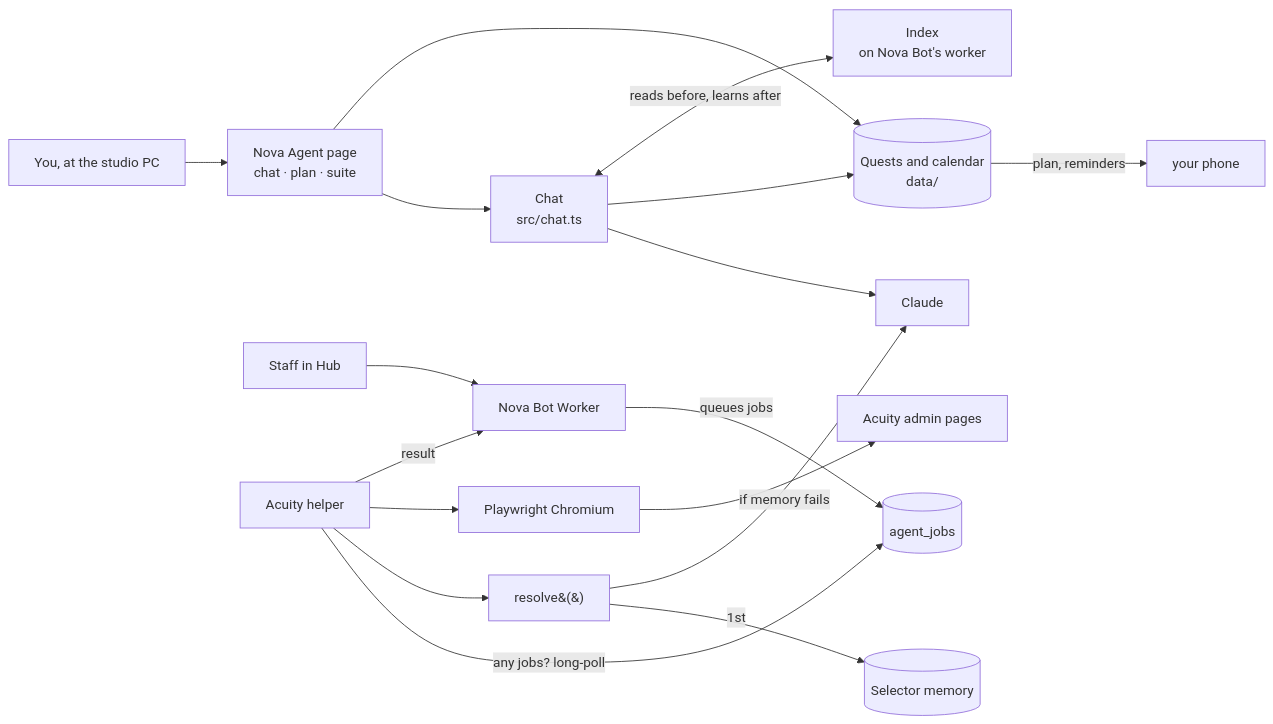
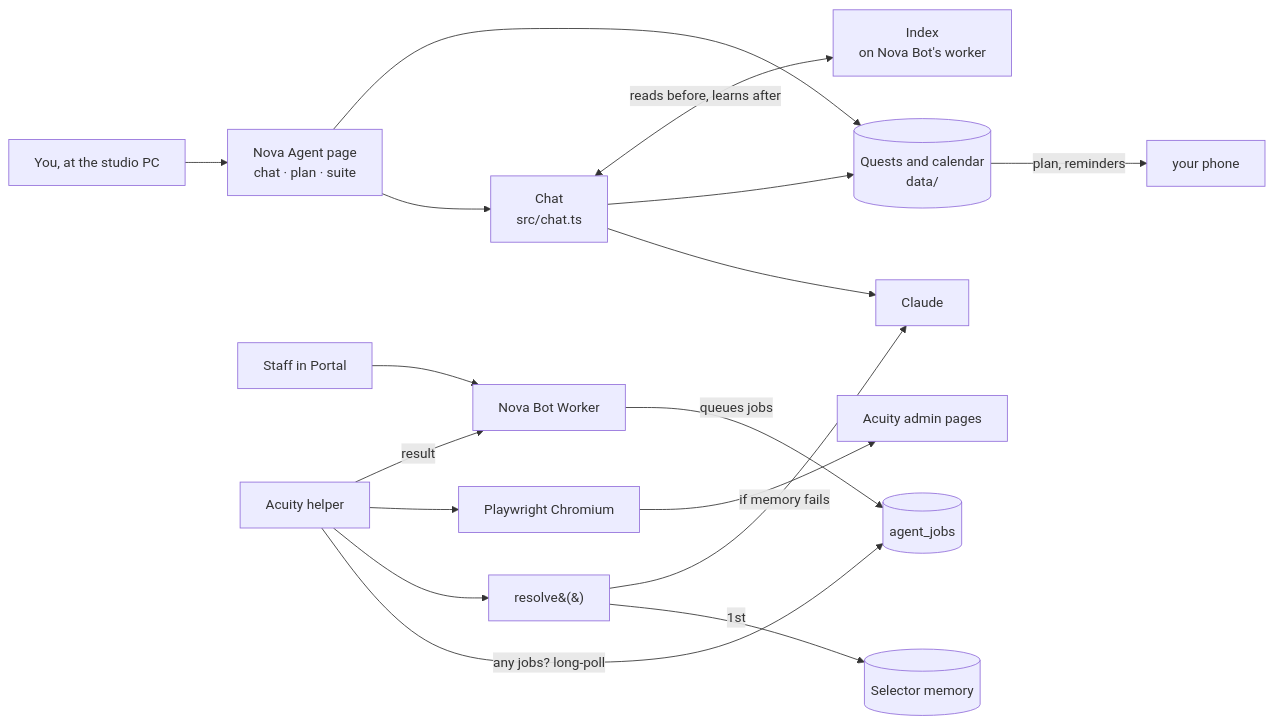
The diagram in README.md (tuniveza/nova-agent), drawn with Mermaid before and after one commit. The commit also changed other lines of this file and 48 other files, not shown here.

````diff
--- a/README.md
+++ b/README.md
@@ -312,16 +313,16 @@
 ```mermaid
 flowchart LR
     You[You, at the studio PC] --> UI[Nova Agent page<br/>chat · plan · suite]
     UI --> Chat[Chat<br/>src/chat.ts] --> Claude[Claude]
     Chat --> Q[(Quests and calendar<br/>data/)]
     UI --> Q
     Chat <-->|reads before, learns after| NI[Index<br/>on Nova Bot's worker]
-    Q -->|plan, reminders| Hub[your phone]
-    S[Staff in Hub] --> NB[Nova Bot Worker]
+    Q -->|plan, reminders| Phone[your phone]
+    S[Staff in Portal] --> NB[Nova Bot Worker]
     NB -->|queues jobs| J[(agent_jobs)]
     NA[Acuity helper] -->|"any jobs?" long-poll| J
     NA --> R[resolve&#40;&#41;] -->|1st| M[(Selector memory)]
     R -->|if memory fails| Claude
     NA --> B[Playwright Chromium] --> A[Acuity admin pages]
     NA -->|result| NB
 ```
````
